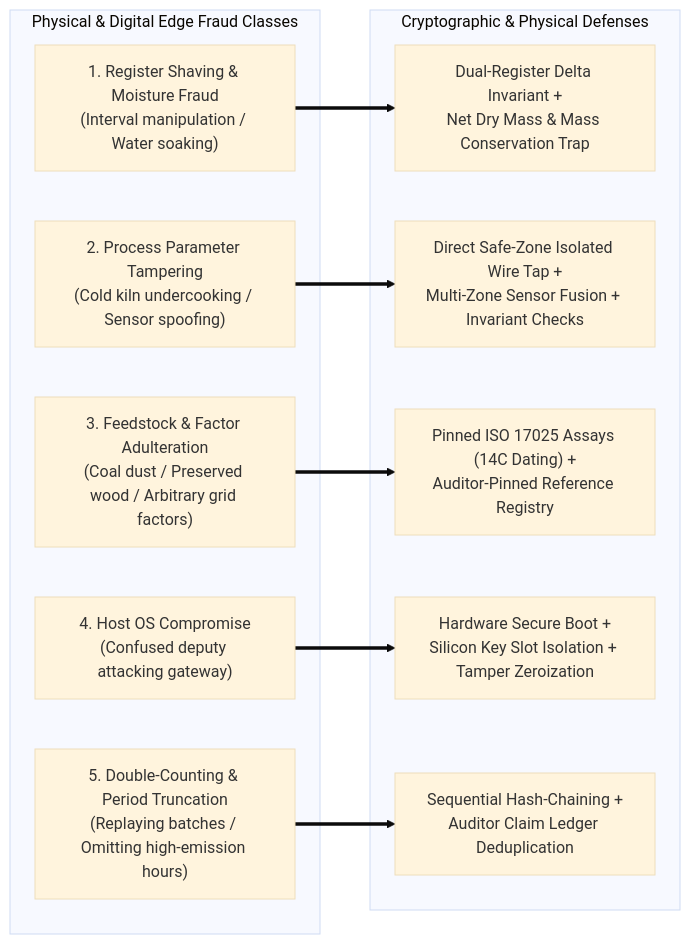
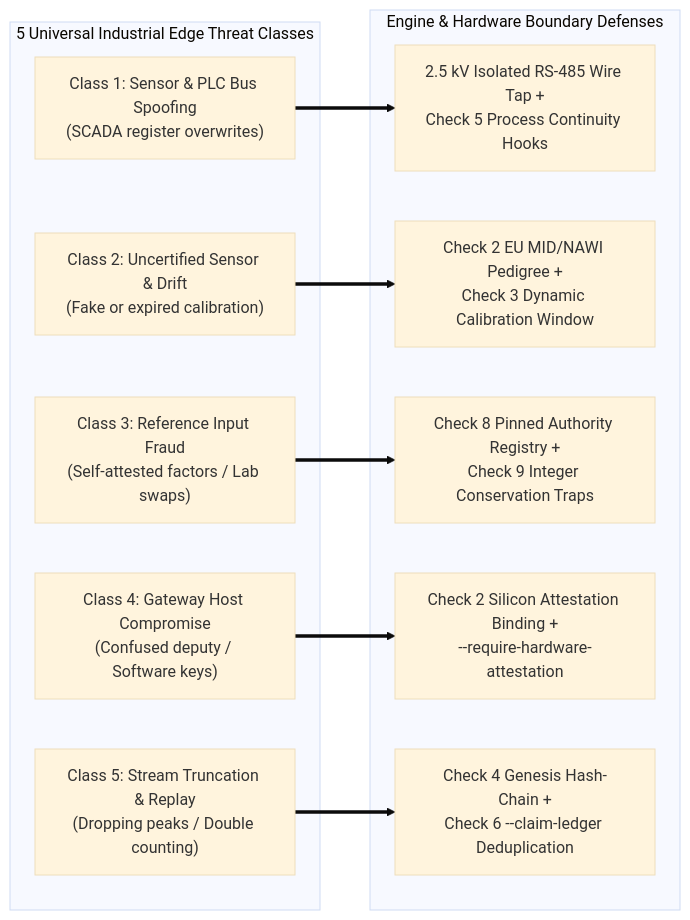
One commit to aloysiusjebanson-lab/trustworthy-telemetry changed the second of 2 diagrams in README.md. Above: the diagram before and after it, drawn with Mermaid (base theme). The commit also changed other lines of this file and 4 other files, not shown here.

Commit message:
Refactor architecture, verifier CLI, protocol specs, and NLnet draft to Universal Engine-First design

````diff
--- a/README.md
+++ b/README.md
@@ -190,24 +136,24 @@
 ```mermaid
 flowchart LR
-    subgraph VULN["Physical & Digital Edge Fraud Classes"]
-        V1["1. Register Shaving & Moisture Fraud\n(Interval manipulation / Water soaking)"]
-        V2["2. Process Parameter Tampering\n(Cold kiln undercooking / Sensor spoofing)"]
-        V3["3. Feedstock & Factor Adulteration\n(Coal dust / Preserved wood / Arbitrary grid factors)"]
-        V4["4. Host OS Compromise\n(Confused deputy attacking gateway)"]
-        V5["5. Double-Counting & Period Truncation\n(Replaying batches / Omitting high-emission hours)"]
+    subgraph THREATS["5 Universal Industrial Edge Threat Classes"]
+        T1["Class 1: Sensor & PLC Bus Spoofing\n(SCADA register overwrites)"]
+        T2["Class 2: Uncertified Sensor & Drift\n(Fake or expired calibration)"]
+        T3["Class 3: Reference Input Fraud\n(Self-attested factors / Lab swaps)"]
+        T4["Class 4: Gateway Host Compromise\n(Confused deputy / Software keys)"]
+        T5["Class 5: Stream Truncation & Replay\n(Dropping peaks / Double counting)"]
     end
 
-    subgraph DEF["Cryptographic & Physical Defenses"]
-        D1["Dual-Register Delta Invariant +\nNet Dry Mass & Mass Conservation Trap"]
-        D2["Direct Safe-Zone Isolated Wire Tap +\nMulti-Zone Sensor Fusion + Invariant Checks"]
-        D3["Pinned ISO 17025 Assays (14C Dating) +\nAuditor-Pinned Reference Registry"]
-        D4["Hardware Secure Boot +\nSilicon Key Slot Isolation + Tamper Zeroization"]
-        D5["Sequential Hash-Chaining +\nAuditor Claim Ledger Deduplication"]
+    subgraph DEFENSES["Engine & Hardware Boundary Defenses"]
+        D1["2.5 kV Isolated RS-485 Wire Tap +\nCheck 5 Process Continuity Hooks"]
+        D2["Check 2 EU MID/NAWI Pedigree +\nCheck 3 Dynamic Calibration Window"]
+        D3["Check 8 Pinned Authority Registry +\nCheck 9 Integer Conservation Traps"]
+        D4["Check 2 Silicon Attestation Binding +\n--require-hardware-attestation"]
+        D5["Check 4 Genesis Hash-Chain +\nCheck 6 --claim-ledger Deduplication"]
     end
 
-    V1 ==> D1
-    V2 ==> D2
-    V3 ==> D3
-    V4 ==> D4
-    V5 ==> D5
+    T1 ==> D1
+    T2 ==> D2
+    T3 ==> D3
+    T4 ==> D4
+    T5 ==> D5
 ```
````
